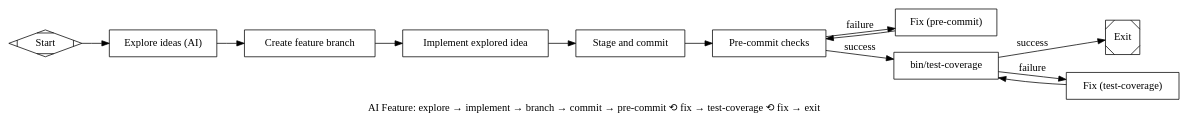
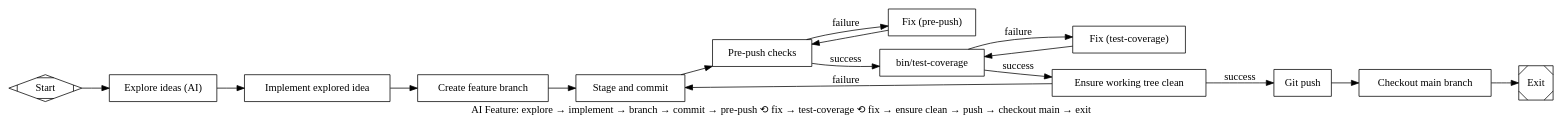
Before and after one commit to Industrial/streamweave-attractor: the diagram in examples/workflows/ai-feature.dot, drawn with Graphviz.

Commit message:
refactor: enhance AI feature workflow with pre-push checks and additional steps
- Updated the AI-driven feature workflow to replace "pre-commit" with "pre-push" for clarity and accuracy.
- Added new nodes for ensuring a clean working tree and pushing changes to the main branch.
- Adjusted the flow to incorporate these new steps, ensuring a comprehensive process from exploration to finalizing changes.

```diff
--- a/examples/workflows/ai-feature.dot
+++ b/examples/workflows/ai-feature.dot
@@ -1,76 +1,101 @@
 digraph AIFeature {
   graph [
-    goal="AI-driven feature workflow: explore ideas, implement the idea, create branch, commit, pre-commit, test coverage; fix-and-retry until complete",
-    label="AI Feature: explore → implement → branch → commit → pre-commit ⟲ fix → test-coverage ⟲ fix → exit"
+    goal="AI-driven feature workflow: explore ideas, implement the idea, create branch, commit, pre-push, test coverage; fix-and-retry until complete; ensure clean then push and checkout main",
+    label="AI Feature: explore → implement → branch → commit → pre-push ⟲ fix → test-coverage ⟲ fix → ensure clean → push → checkout main → exit"
   ]
   rankdir=LR
 
   start [shape=Mdiamond, label="Start"]
   exit [shape=Msquare, label="Exit"]
 
   explore_ideas [
     shape=box,
     type=codergen,
     label="Explore ideas (AI)",
     prompt="Explore new ideas for the project. Suggest a concrete feature to implement, outline implementation steps, and propose a feature branch name (e.g. feature/add-X). Output your plan. The pipeline will then implement the idea, create the branch, and commit."
   ]
 
   implement_idea [
     shape=box,
     type=codergen,
     label="Implement explored idea",
     prompt="Implement the feature or plan from the previous exploration step. Follow the outline and steps that were proposed. Make the code changes; add or update tests as needed. Do not create the branch or commit yet—the pipeline will do that next. Exit 0 when implementation is done."
   ]
 
   create_branch [
     shape=box,
     type=exec,
     label="Create feature branch",
     command="git rev-parse --git-dir >/dev/null 2>&1 && git checkout -b \"feature/ai-explore-$(date +%s)\" 2>/dev/null || git checkout -b feature/ai-explore"
   ]
 
   commit [
     shape=box,
     type=exec,
     label="Stage and commit",
     command="git add -A && (git diff --cached --quiet && true || git commit -m \"WIP: AI feature exploration\")"
   ]
 
-  pre_commit [
+  pre_push [
     shape=box,
     type=exec,
-    label="Pre-commit checks",
+    label="Pre-push checks",
     command="devenv shell -- sh -c 'bin/format && bin/lint && bin/check'"
   ]
 
-  fix_pre_commit [
+  fix_pre_push [
     shape=box,
-    label="Fix (pre-commit)",
-    prompt="Pre-commit failed (format, lint, or check). From the output, identify failures. Create small bd tasks: devenv shell -- bd create \"...\" -t task -p 1 --json. Act as beads-worker: bd ready, claim one task, fix it, bd close, commit. Exit 0; pipeline returns to pre-commit."
+    label="Fix (pre-push)",
+    prompt="Pre-push failed (format, lint, or check). From the output, identify failures. Create small bd tasks: devenv shell -- bd create \"...\" -t task -p 1 --json. Act as beads-worker: bd ready, claim one task, fix it, bd close, commit. Exit 0; pipeline returns to pre-push."
   ]
 
   test_coverage [
     shape=box,
     type=exec,
     label="bin/test-coverage",
     command="devenv shell -- bin/test-coverage"
   ]
 
   fix_test_coverage [
     shape=box,
     label="Fix (test-coverage)",
     prompt="bin/test-coverage failed. From the output, identify coverage or test failures. Create small bd tasks: devenv shell -- bd create \"...\" -t task -p 1 --json. Act as beads-worker: bd ready, claim one task, fix it, bd close, commit. Exit 0; pipeline returns to bin/test-coverage."
   ]
 
+  ensure_clean [
+    shape=box,
+    type=exec,
+    label="Ensure working tree clean",
+    command="git status --porcelain | grep -q . && exit 1 || exit 0"
+  ]
+
+  git_push [
+    shape=box,
+    type=exec,
+    label="Git push",
+    command="git push"
+  ]
+
+  checkout_main [
+    shape=box,
+    type=exec,
+    label="Checkout main branch",
+    command="git checkout main"
+  ]
+
   start -> explore_ideas
-  explore_ideas -> create_branch
-  create_branch -> implement_idea
-  implement_idea -> commit
-  commit -> pre_commit
-  pre_commit -> test_coverage [label="success", condition="outcome=success"]
-  pre_commit -> fix_pre_commit [label="failure", condition="outcome=fail"]
-  fix_pre_commit -> pre_commit
-  test_coverage -> exit [label="success", condition="outcome=success"]
+  explore_ideas -> implement_idea
+  implement_idea -> create_branch
+  create_branch -> commit
+  commit -> pre_push
+  pre_push -> test_coverage [label="success", condition="outcome=success"]
+  pre_push -> fix_pre_push [label="failure", condition="outcome=fail"]
+  fix_pre_push -> pre_push
+  test_coverage -> ensure_clean [label="success", condition="outcome=success"]
   test_coverage -> fix_test_coverage [label="failure", condition="outcome=fail"]
   fix_test_coverage -> test_coverage
+  ensure_clean -> git_push [label="success", condition="outcome=success"]
+  ensure_clean -> commit [label="failure", condition="outcome=fail"]
+  git_push -> checkout_main
+  checkout_main -> exit
 }
```
